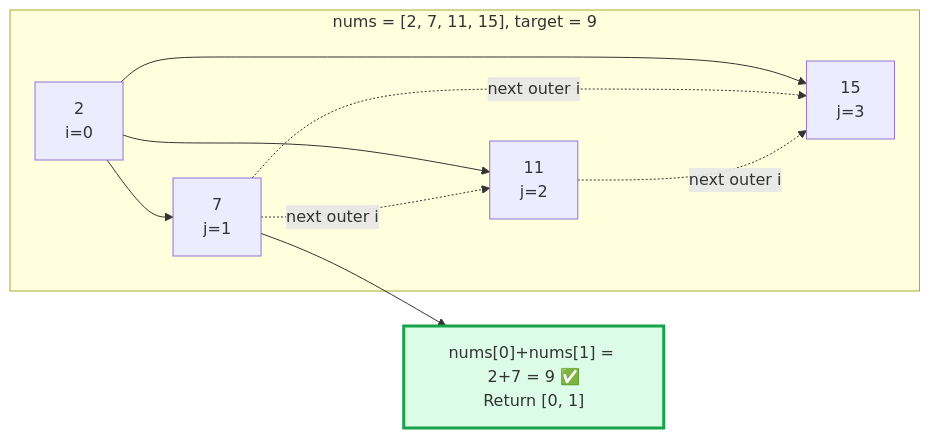
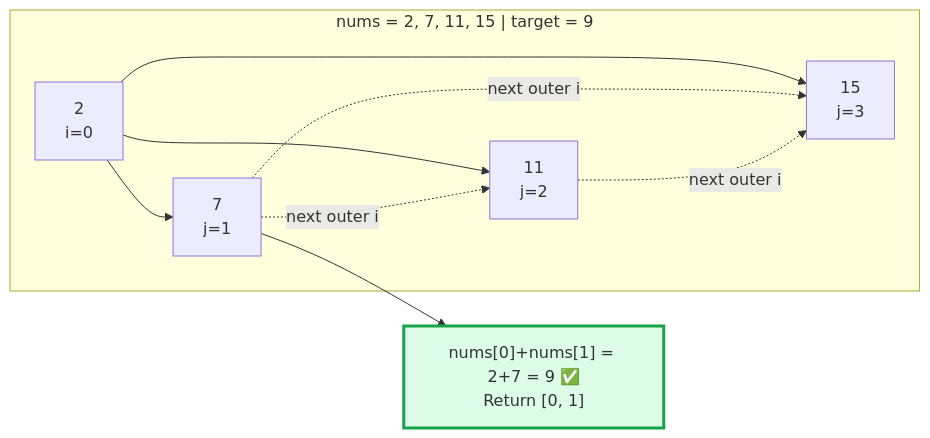
Before and after one commit to M-F-Tushar/LeetCode-Problem-Solving: the fifth of 12 diagrams in 01 - Two Sum/README.md, drawn with Mermaid. The commit also changed other lines of this file, not shown here.

````diff
--- a/01 - Two Sum/README.md
+++ b/01 - Two Sum/README.md
@@ -138,21 +137,21 @@
 ```mermaid
 flowchart LR
-    subgraph Array["nums = [2, 7, 11, 15], target = 9"]
+    subgraph Array["nums = 2, 7, 11, 15  |  target = 9"]
         N0["2\ni=0"]
         N1["7\nj=1"]
         N2["11\nj=2"]
         N3["15\nj=3"]
     end
 
     N0 --> N1
     N0 --> N2
     N0 --> N3
     N1 -. next outer i .-> N2
     N1 -. next outer i .-> N3
     N2 -. next outer i .-> N3
 
     Found["nums[0]+nums[1] = 2+7 = 9 ✅\nReturn [0, 1]"]
     N1 --> Found
 
     style Found fill:#dcfce7,stroke:#16a34a,stroke-width:3px
 ```
````
